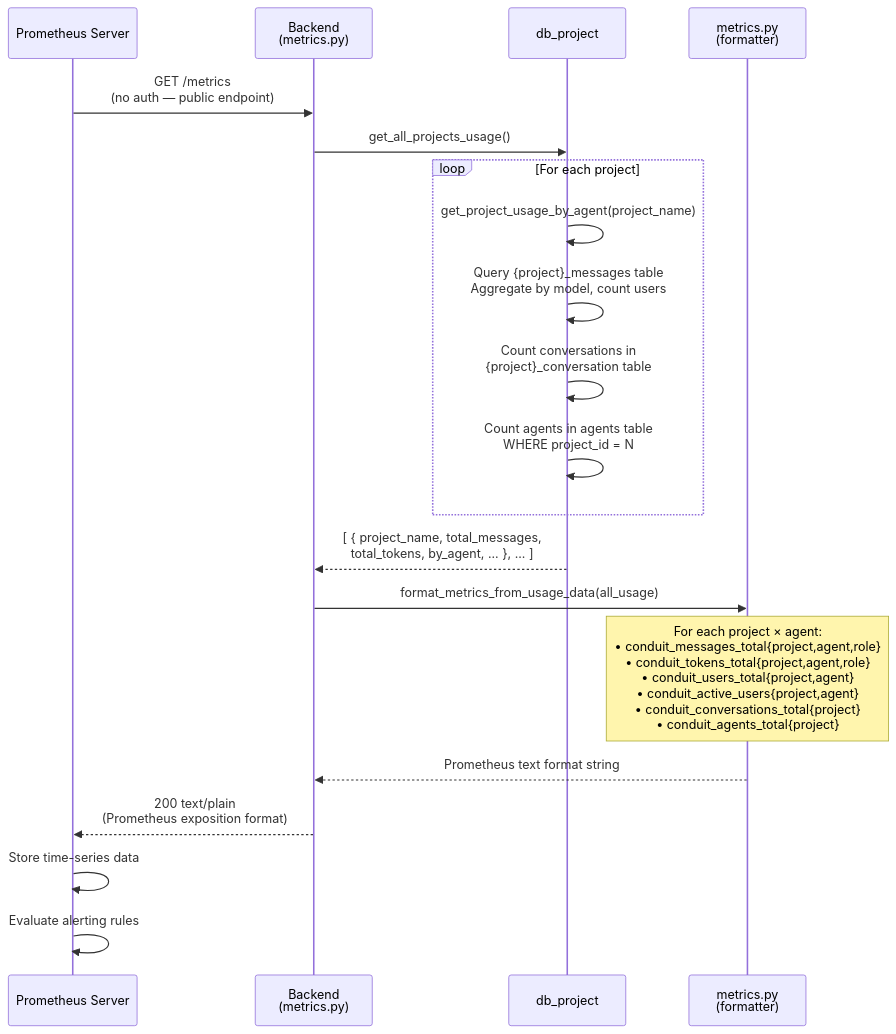
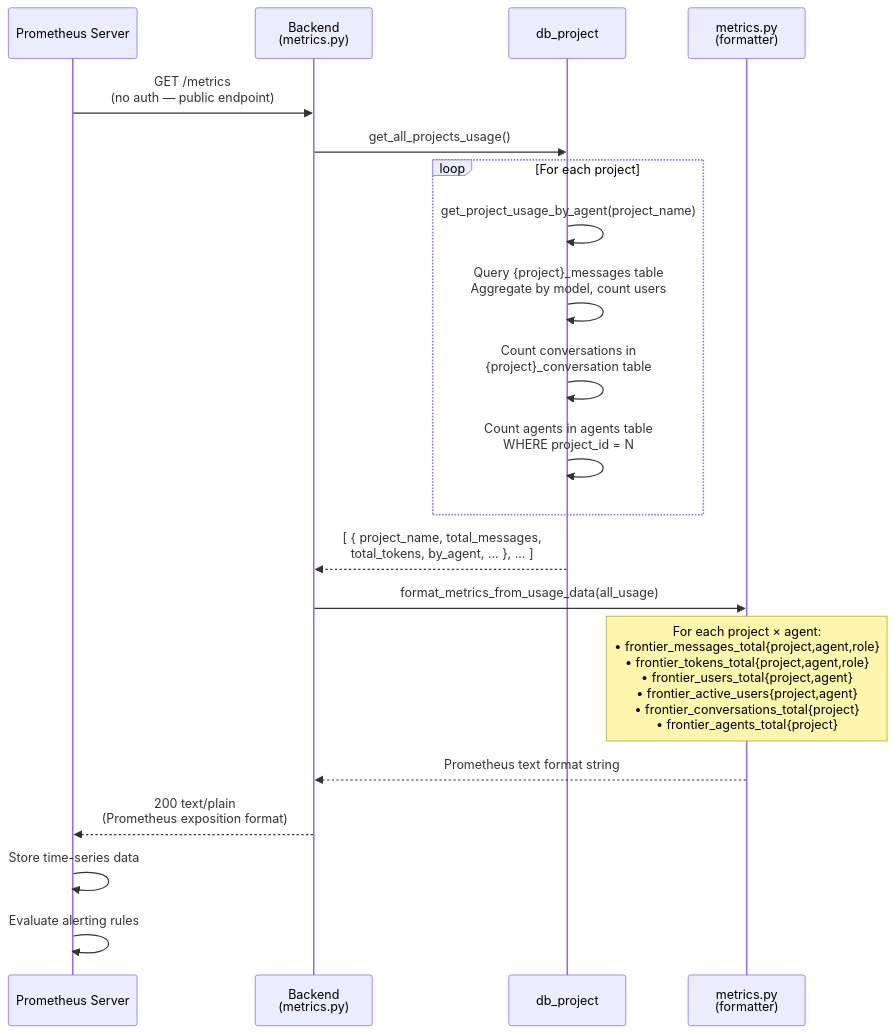
Before and after one commit to sweiyang/frontier: the fourth of 8 diagrams in docs/feature/metrics-tracking-feature.md, drawn with Mermaid. The commit also changed other lines of this file and 35 other files, not shown here.

````diff
--- a/docs/feature/metrics-tracking-feature.md
+++ b/docs/feature/metrics-tracking-feature.md
@@ -338,30 +338,30 @@
 ```mermaid
 sequenceDiagram
     participant P as Prometheus Server
     participant B as Backend<br/>(metrics.py)
     participant DB as db_project
     participant FMT as metrics.py<br/>(formatter)
 
     P->>B: GET /metrics<br/>(no auth — public endpoint)
 
     B->>DB: get_all_projects_usage()
 
     loop For each project
         DB->>DB: get_project_usage_by_agent(project_name)
         DB->>DB: Query {project}_messages table<br/>Aggregate by model, count users
         DB->>DB: Count conversations in<br/>{project}_conversation table
         DB->>DB: Count agents in agents table<br/>WHERE project_id = N
     end
 
     DB-->>B: [ { project_name, total_messages,<br/>total_tokens, by_agent, ... }, ... ]
 
     B->>FMT: format_metrics_from_usage_data(all_usage)
 
-    Note over FMT: For each project × agent:<br/>• conduit_messages_total{project,agent,role}<br/>• conduit_tokens_total{project,agent,role}<br/>• conduit_users_total{project,agent}<br/>• conduit_active_users{project,agent}<br/>• conduit_conversations_total{project}<br/>• conduit_agents_total{project}
+    Note over FMT: For each project × agent:<br/>• frontier_messages_total{project,agent,role}<br/>• frontier_tokens_total{project,agent,role}<br/>• frontier_users_total{project,agent}<br/>• frontier_active_users{project,agent}<br/>• frontier_conversations_total{project}<br/>• frontier_agents_total{project}
 
     FMT-->>B: Prometheus text format string
     B-->>P: 200 text/plain<br/>(Prometheus exposition format)
 
     P->>P: Store time-series data
     P->>P: Evaluate alerting rules
 ```
````
